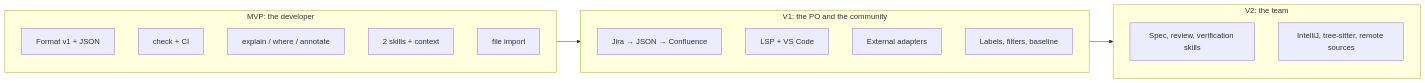
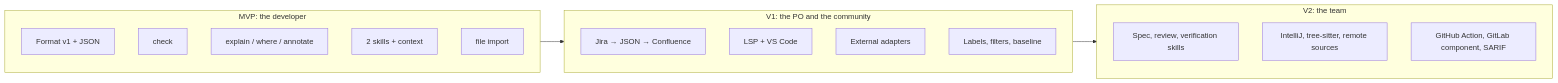
The diagram in docs/product/02-features-and-releases.md (E-Jacques/Rulelink), drawn with Mermaid before and after one commit. The commit also changed other lines of this file and 16 other files, not shown here.

````diff
--- a/docs/product/02-features-and-releases.md
+++ b/docs/product/02-features-and-releases.md
@@ -77,21 +89,22 @@
 ```mermaid
 flowchart LR
     subgraph MVP["MVP: the developer"]
         m1["Format v1 + JSON"]
-        m2["check + CI"]
+        m2["check"]
         m3["explain / where / annotate"]
         m4["2 skills + context"]
         m5["file import"]
     end
     subgraph V1["V1: the PO and the community"]
         v1["Jira → JSON → Confluence"]
         v2["LSP + VS Code"]
         v3["External adapters"]
         v4["Labels, filters, baseline"]
     end
     subgraph V2["V2: the team"]
         w4["Spec, review, verification skills"]
         w5["IntelliJ, tree-sitter, remote sources"]
+        w6["GitHub Action, GitLab component, SARIF"]
     end
     MVP --> V1 --> V2
 ```
````
